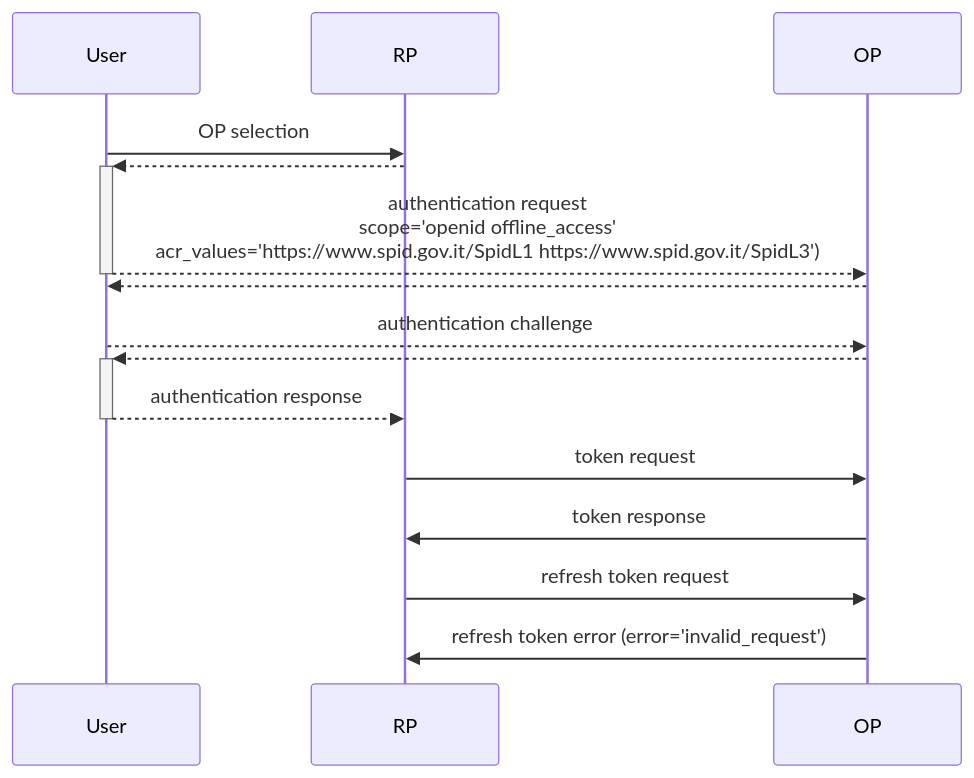
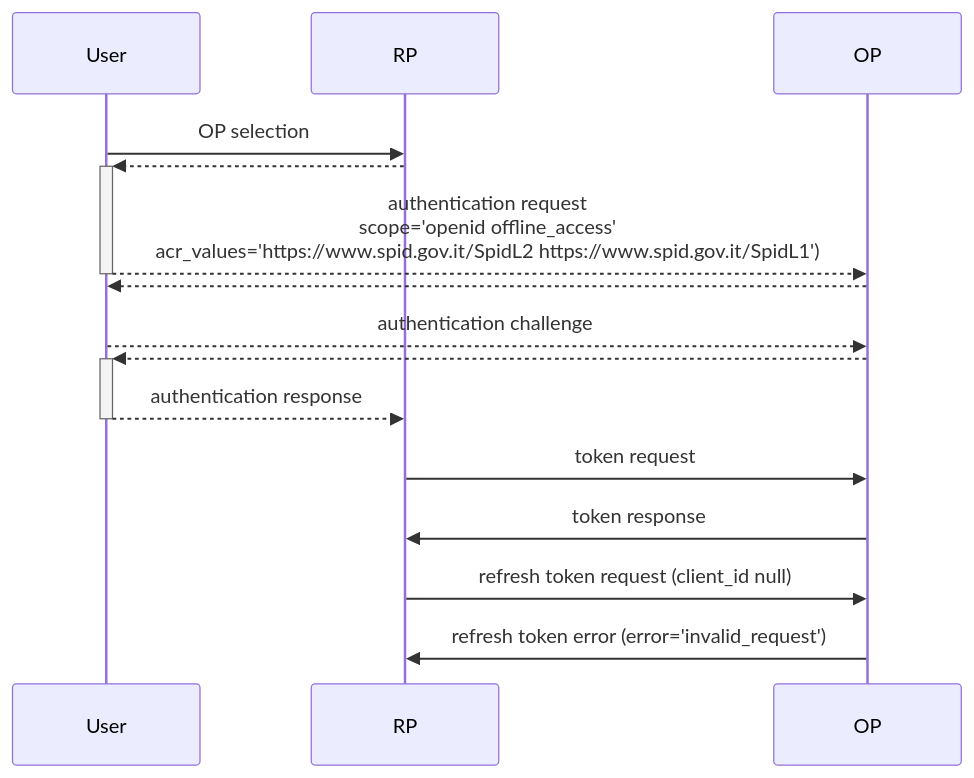
One commit to AgID/spid-oidc-check-op changed the diagram in src/client/img/testcase/test-case-oidc-offline-access-invalid-request-0.mermaid. Above: the diagram before and after it, drawn with Mermaid. The commit also changed 6 other files, not shown here.

```diff
--- a/src/client/img/testcase/test-case-oidc-offline-access-invalid-request-0.mermaid
+++ b/src/client/img/testcase/test-case-oidc-offline-access-invalid-request-0.mermaid
@@ -1,15 +1,15 @@
 sequenceDiagram
     participant User
     participant RP
     participant OP
     User->>RP: OP selection
     RP-->>+User: 
-    User-->>-OP: authentication request<br/>scope='openid offline_access'<br/>acr_values='https://www.spid.gov.it/SpidL1 https://www.spid.gov.it/SpidL3')
+    User-->>-OP: authentication request<br/>scope='openid offline_access'<br/>acr_values='https://www.spid.gov.it/SpidL2 https://www.spid.gov.it/SpidL1')
     OP-->>User: 
     User-->>OP: authentication challenge 
     OP-->>+User: 
     User-->>-RP: authentication response
     RP->>OP: token request
     OP->>RP: token response
-    RP->>OP: refresh token request
+    RP->>OP: refresh token request (client_id null)
     OP->>RP: refresh token error (error='invalid_request')
```
